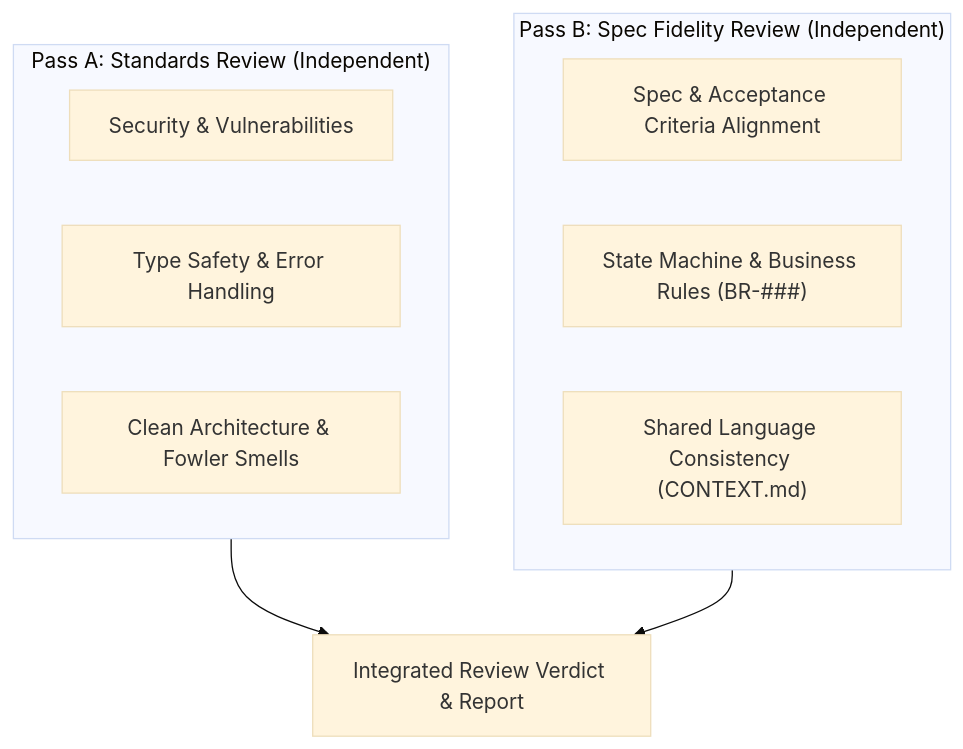
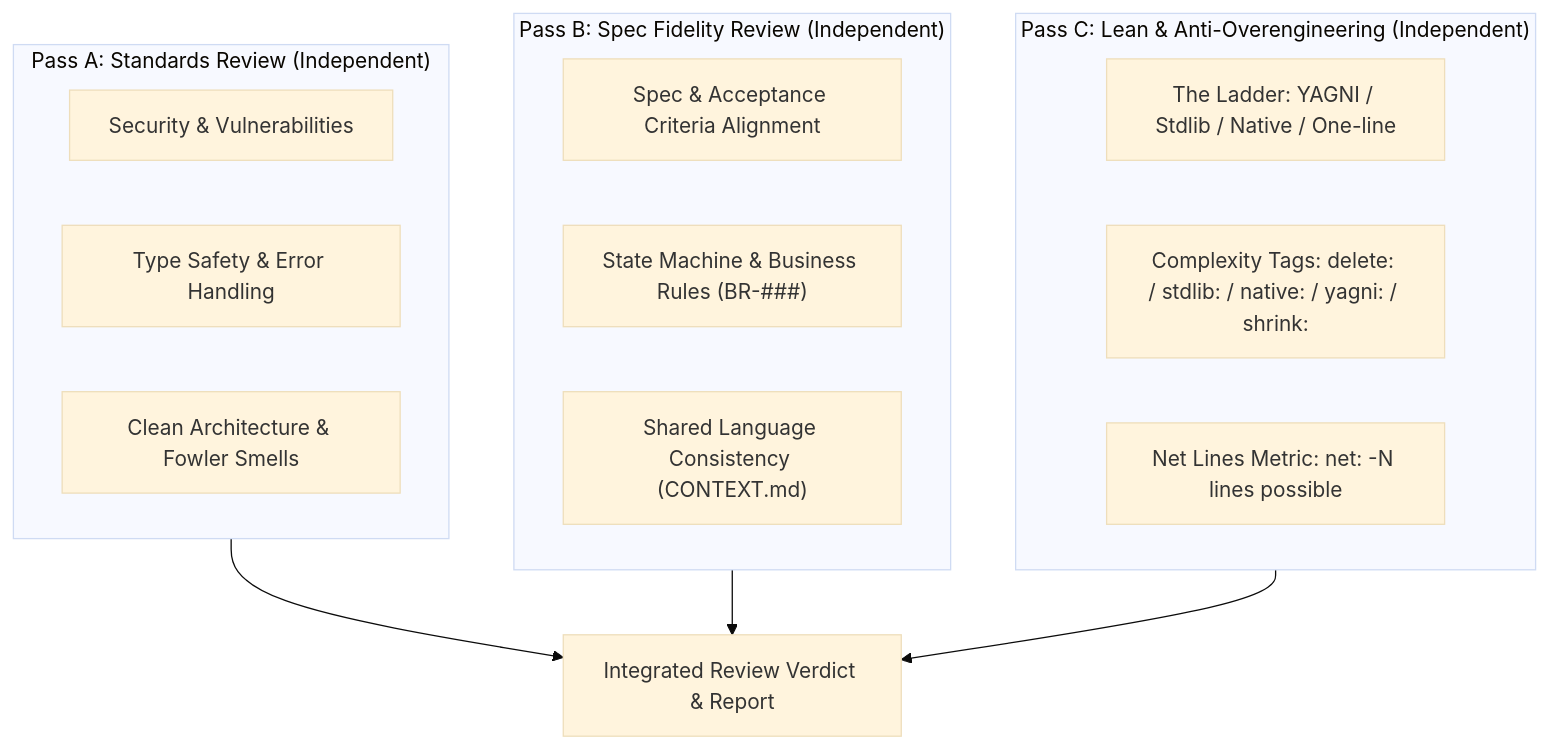
One commit to ahauy/universal-agents-workflow changed the diagram in .agents/agents/code-reviewer.md. Above: the diagram before and after it, drawn with Mermaid (base theme). The commit also changed other lines of this file and 6 other files, not shown here.

Commit message:
feat(agents): add Tri-Pass review and The Ladder minimal code rules

````diff
--- a/.agents/agents/code-reviewer.md
+++ b/.agents/agents/code-reviewer.md
@@ -24,17 +24,24 @@
 ```mermaid
 flowchart TD
     subgraph PassA ["Pass A: Standards Review (Independent)"]
         S1["Security & Vulnerabilities"]
         S2["Type Safety & Error Handling"]
         S3["Clean Architecture & Fowler Smells"]
     end
 
     subgraph PassB ["Pass B: Spec Fidelity Review (Independent)"]
         F1["Spec & Acceptance Criteria Alignment"]
         F2["State Machine & Business Rules (BR-###)"]
         F3["Shared Language Consistency (CONTEXT.md)"]
     end
 
+    subgraph PassC ["Pass C: Lean & Anti-Overengineering (Independent)"]
+        L1["The Ladder: YAGNI / Stdlib / Native / One-line"]
+        L2["Complexity Tags: delete: / stdlib: / native: / yagni: / shrink:"]
+        L3["Net Lines Metric: net: -N lines possible"]
+    end
+
     PassA --> IntegratedReport["Integrated Review Verdict & Report"]
     PassB --> IntegratedReport
+    PassC --> IntegratedReport
 ```
````
